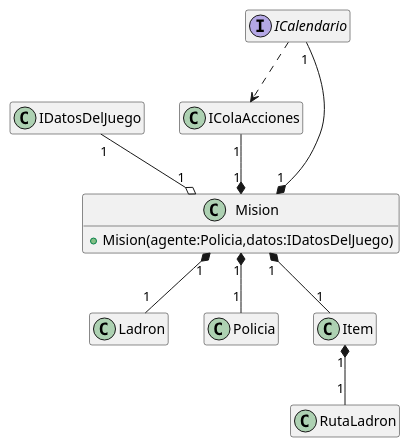
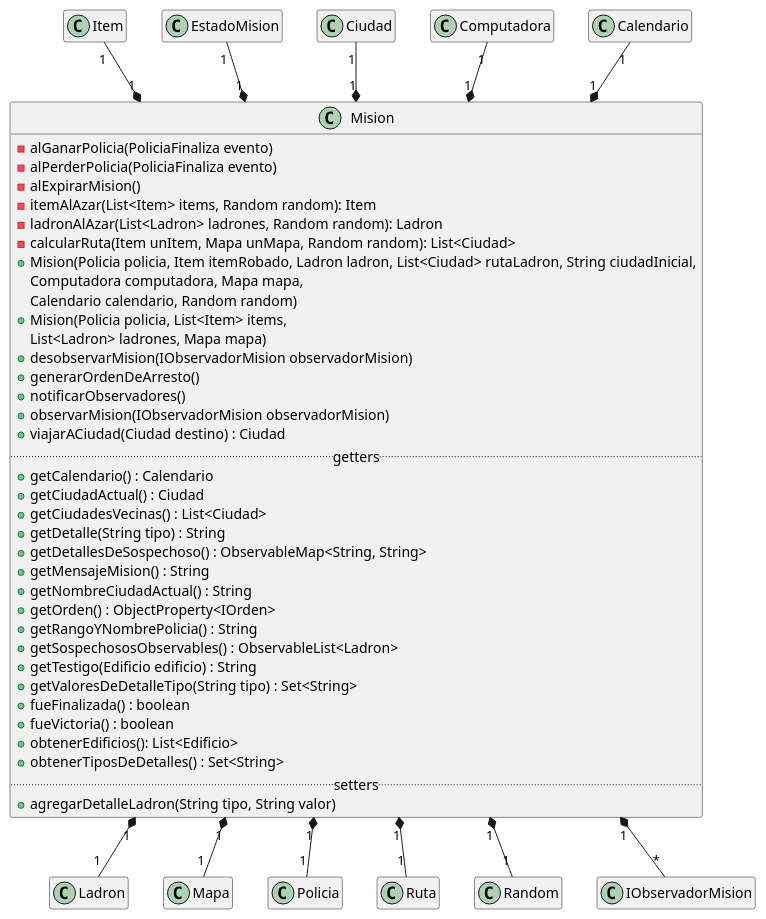
The diagram in diagrams/classes/DC_Mision.plantuml (MarconMatias/TP2-AyPIII), drawn with PlantUML before and after one commit. The commit also changed 5 other files, not shown here.

Commit message:
Diagramas actualziados

```diff
--- a/diagrams/classes/DC_Mision.plantuml
+++ b/diagrams/classes/DC_Mision.plantuml
@@ -1,18 +1,54 @@
-@startuml general
+@startuml Mision_general
 hide empty members
 
 class Mision
 {
-    + Mision(agente:Policia,datos:IDatosDelJuego)
+    - alGanarPolicia(PoliciaFinaliza evento)
+    - alPerderPolicia(PoliciaFinaliza evento)
+    - alExpirarMision()
+    - itemAlAzar(List<Item> items, Random random): Item
+    - ladronAlAzar(List<Ladron> ladrones, Random random): Ladron
+    - calcularRuta(Item unItem, Mapa unMapa, Random random): List<Ciudad>
+    + Mision(Policia policia, Item itemRobado, Ladron ladron, List<Ciudad> rutaLadron, String ciudadInicial,
+            Computadora computadora, Mapa mapa,
+            Calendario calendario, Random random)
+    + Mision(Policia policia, List<Item> items,
+            List<Ladron> ladrones, Mapa mapa)
+    + desobservarMision(IObservadorMision observadorMision)
+    + generarOrdenDeArresto()
+    + notificarObservadores()
+    + observarMision(IObservadorMision observadorMision)
+    + viajarACiudad(Ciudad destino) : Ciudad
+    .. getters ..
+    + getCalendario() : Calendario
+    + getCiudadActual() : Ciudad
+    + getCiudadesVecinas() : List<Ciudad>
+    + getDetalle(String tipo) : String
+    + getDetallesDeSospechoso() : ObservableMap<String, String>
+    + getMensajeMision() : String
+    + getNombreCiudadActual() : String
+    + getOrden() : ObjectProperty<IOrden>
+    + getRangoYNombrePolicia() : String
+    + getSospechososObservables() : ObservableList<Ladron>
+    + getTestigo(Edificio edificio) : String
+    + getValoresDeDetalleTipo(String tipo) : Set<String>
+    + fueFinalizada() : boolean
+    + fueVictoria() : boolean
+    + obtenerEdificios(): List<Edificio>
+    + obtenerTiposDeDetalles() : Set<String>
+    .. setters ..
+    + agregarDetalleLadron(String tipo, String valor)
 }
-Mision "1" *-u- "1" ICalendario
-Mision "1" *-u- "1" IColaAcciones
-Mision "1" o-u- "1" IDatosDelJuego
+
+Mision "1" *-u- "1" Calendario
+Mision "1" *-u- "1" Computadora
+Mision "1" *-u- "1" Ciudad
+Mision "1" *-u- "1" EstadoMision
+Mision "1" *-u- "1" Item
 Mision "1" *-- "1" Ladron
+Mision "1" *-- "1" Mapa
 Mision "1" *-- "1" Policia
-Mision "1" *-- "1" Item
-ICalendario ..> IColaAcciones
-Item "1" *-- "1" RutaLadron
-
-interface ICalendario {}
+Mision "1" *-d- "1" Ruta
+Mision "1" *-d- "1" Random
+Mision "1" *-d- "*" IObservadorMision
 @enduml
```
